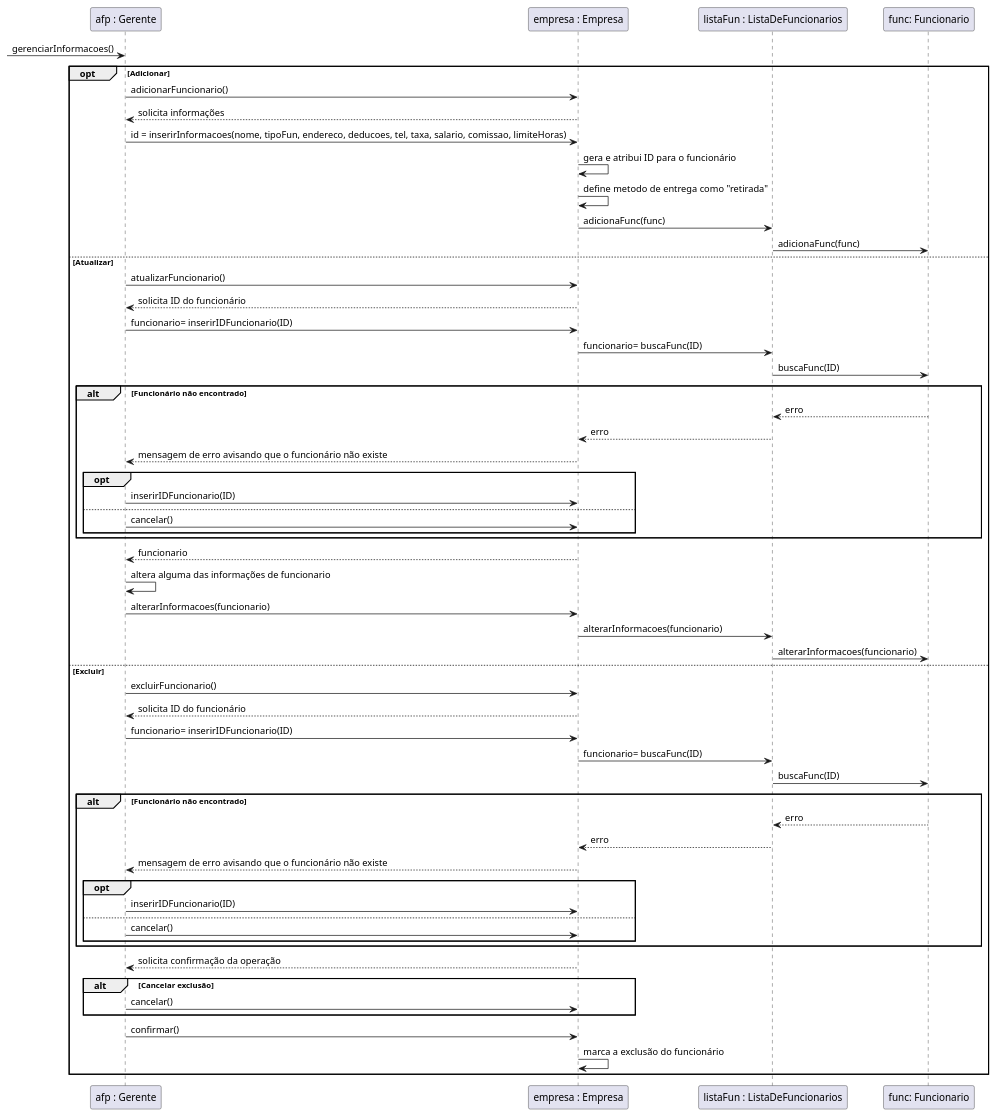
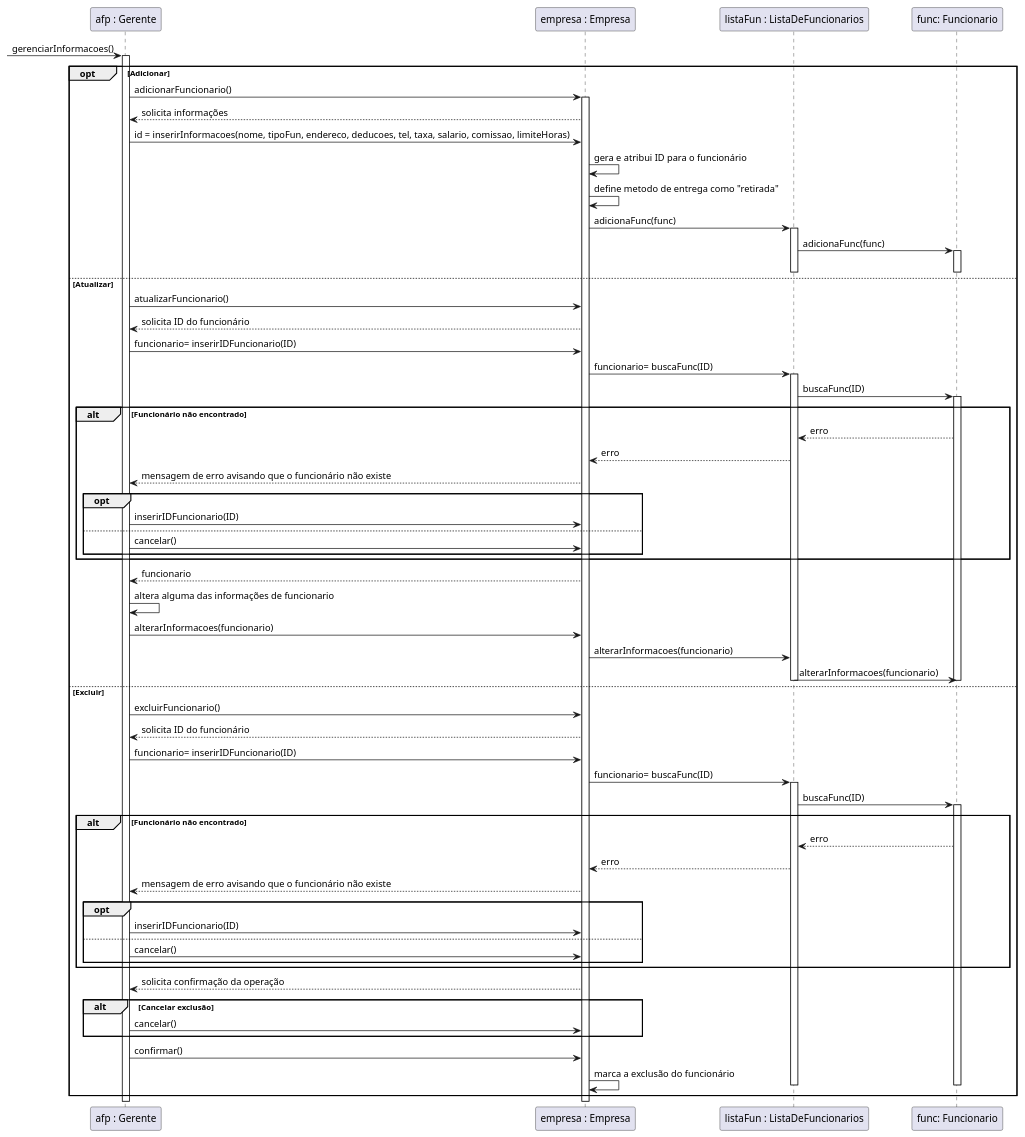
One commit to tikaradate/CI1163-Design_de_Software changed the diagram in casos_de_uso/caso-5/5-DS.plantuml. Above: the diagram before and after it, drawn with PlantUML. The commit also changed 3 other files, not shown here.

```diff
--- a/casos_de_uso/caso-5/5-DS.plantuml
+++ b/casos_de_uso/caso-5/5-DS.plantuml
@@ -1,69 +1,85 @@
 @startuml
 
 Participant "afp : Gerente" as AFP
 Participant "empresa : Empresa" as empresa
 Participant "listaFun : ListaDeFuncionarios" as listaFuncionarios
 Participant "func: Funcionario" as funcionario
 ' Participant "pgto: Pagamento" as pagamento
 ' Participant "ponto: Ponto" as ponto
 ' Participant "baseProj: BaseDeDadosProjetos" as baseProjeto
 
 'não sei se precisa de loop na interação de lista de funcionários com funcionário
 
 -> AFP : gerenciarInformacoes()
-
+activate AFP
 opt Adicionar
     AFP -> empresa : adicionarFuncionario()
+    activate empresa
     AFP <-- empresa : solicita informações
     AFP -> empresa : id = inserirInformacoes(nome, tipoFun, endereco, deducoes, tel, taxa, salario, comissao, limiteHoras)
     empresa -> empresa: gera e atribui ID para o funcionário
     empresa -> empresa: define metodo de entrega como "retirada"
     empresa -> listaFuncionarios : adicionaFunc(func)
+    activate listaFuncionarios
     listaFuncionarios -> funcionario: adicionaFunc(func)
+    activate funcionario
+    deactivate listaFuncionarios
+    deactivate funcionario
+
 else Atualizar
     AFP -> empresa : atualizarFuncionario()
     AFP <-- empresa : solicita ID do funcionário
     AFP -> empresa : funcionario= inserirIDFuncionario(ID)
     empresa -> listaFuncionarios : funcionario= buscaFunc(ID)
+    activate listaFuncionarios
     listaFuncionarios -> funcionario: buscaFunc(ID)
+    activate funcionario
     alt Funcionário não encontrado
         listaFuncionarios <-- funcionario: erro
         empresa <-- listaFuncionarios : erro
         AFP <-- empresa : mensagem de erro avisando que o funcionário não existe
         opt
             AFP -> empresa : inserirIDFuncionario(ID)
         else
             AFP -> empresa : cancelar()
         end
     end
     AFP <-- empresa : funcionario
     AFP -> AFP: altera alguma das informações de funcionario
     AFP -> empresa : alterarInformacoes(funcionario)
+    
     empresa -> listaFuncionarios: alterarInformacoes(funcionario)
     listaFuncionarios -> funcionario: alterarInformacoes(funcionario)
+    deactivate listaFuncionarios
+    deactivate funcionario
+
 else Excluir
     AFP -> empresa : excluirFuncionario()
     AFP <-- empresa : solicita ID do funcionário
     AFP -> empresa : funcionario= inserirIDFuncionario(ID)
     empresa -> listaFuncionarios : funcionario= buscaFunc(ID)
+    activate listaFuncionarios
     listaFuncionarios -> funcionario: buscaFunc(ID)
+    activate funcionario
     alt Funcionário não encontrado
         listaFuncionarios <-- funcionario: erro
         empresa <-- listaFuncionarios : erro
         AFP <-- empresa : mensagem de erro avisando que o funcionário não existe
         opt
             AFP -> empresa : inserirIDFuncionario(ID)
         else
             AFP -> empresa : cancelar()
         end
     end
     AFP <-- empresa : solicita confirmação da operação
     alt Cancelar exclusão
          AFP -> empresa : cancelar()
     end
     AFP -> empresa : confirmar()
     'talvez fazer voltar até o funcionario, mas né
     empresa -> empresa : marca a exclusão do funcionário 
+    deactivate listaFuncionarios
+    deactivate funcionario
 end
 
 @enduml
```
